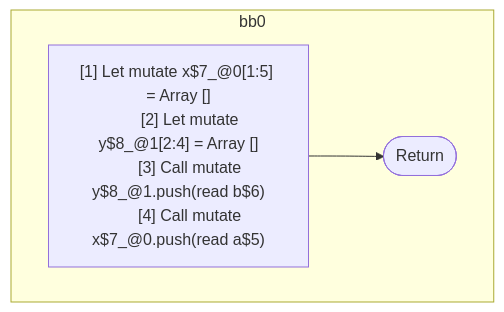
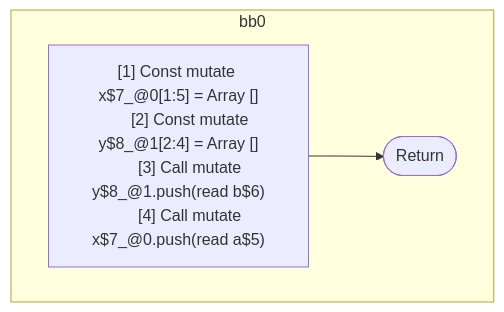
The diagram in compiler/forget/src/__tests__/fixtures/hir/overlapping-scopes-shadowed.expect.md (wutsmog/private), drawn with Mermaid before and after one commit. The commit also changed other lines of this file and 61 other files, not shown here.

````diff
--- a/compiler/forget/src/__tests__/fixtures/hir/overlapping-scopes-shadowed.expect.md
+++ b/compiler/forget/src/__tests__/fixtures/hir/overlapping-scopes-shadowed.expect.md
@@ -30,16 +30,16 @@
 ```mermaid
 flowchart TB
   %% Basic Blocks
   subgraph bb0
     bb0_instrs["
-      [1] Let mutate x$7_@0[1:5] = Array []
-      [2] Let mutate y$8_@1[2:4] = Array []
+      [1] Const mutate x$7_@0[1:5] = Array []
+      [2] Const mutate y$8_@1[2:4] = Array []
       [3] Call mutate y$8_@1.push(read b$6)
       [4] Call mutate x$7_@0.push(read a$5)
     "]
     bb0_instrs --> bb0_terminal(["Return"])
   end
 
   %% Jumps
   %% empty
 ```
````
